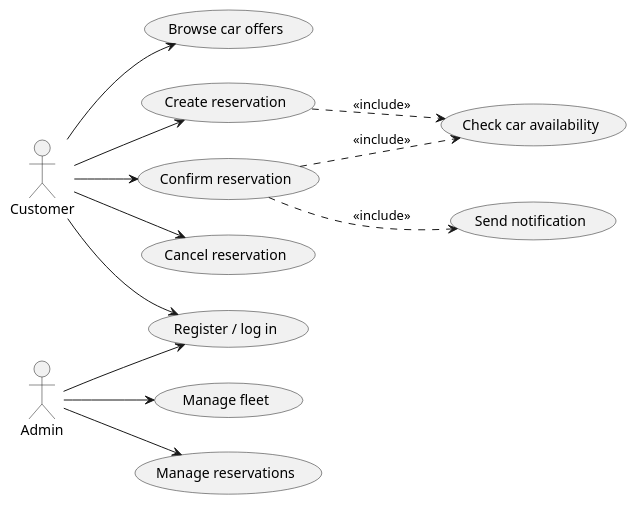
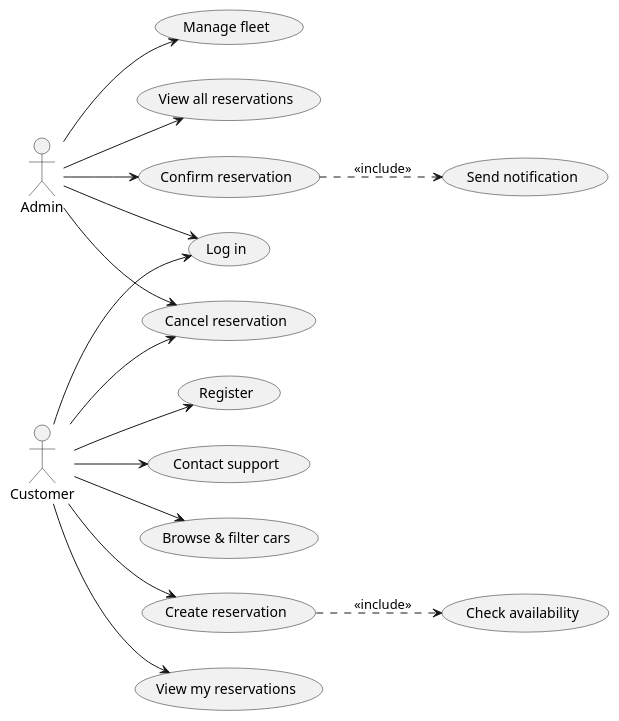
Before and after one commit to DavidMagyarics/CarRentalVSB: the diagram in docs/diagrams/use-case.puml, drawn with PlantUML. The commit also changed 11 other files, not shown here.

First line of the commit message:
docs: complete use case diagram + one activity diagram per use case

```diff
--- a/docs/diagrams/use-case.puml
+++ b/docs/diagrams/use-case.puml
@@ -1,31 +1,37 @@
 @startuml use-case
 left to right direction
 skinparam backgroundColor white
 
 actor "Customer" as Customer
 actor "Admin" as Admin
 
-usecase "Browse car offers" as UC1
-usecase "Create reservation" as UC2
-usecase "Confirm reservation" as UC3
-usecase "Cancel reservation" as UC8
-usecase "Register / log in" as UC4
-usecase "Manage fleet" as UC5
-usecase "Manage reservations" as UC6
-usecase "Check car availability" as UC7
-usecase "Send notification" as UC9
+usecase "Register" as UC1
+usecase "Log in" as UC2
+usecase "Browse & filter cars" as UC3
+usecase "Create reservation" as UC4
+usecase "Check availability" as UC4a
+usecase "Cancel reservation" as UC5
+usecase "View my reservations" as UC6
+usecase "Contact support" as UC7
+usecase "Confirm reservation" as UC8
+usecase "Send notification" as UC8a
+usecase "Manage fleet" as UC9
+usecase "View all reservations" as UC10
 
 Customer --> UC1
 Customer --> UC2
 Customer --> UC3
-Customer --> UC8
 Customer --> UC4
+Customer --> UC5
+Customer --> UC6
+Customer --> UC7
 
+Admin --> UC2
 Admin --> UC5
-Admin --> UC6
-Admin --> UC4
+Admin --> UC8
+Admin --> UC9
+Admin --> UC10
 
-UC2 ..> UC7 : <<include>>
-UC3 ..> UC7 : <<include>>
-UC3 ..> UC9 : <<include>>
+UC4 ..> UC4a : <<include>>
+UC8 ..> UC8a : <<include>>
 @enduml
```
